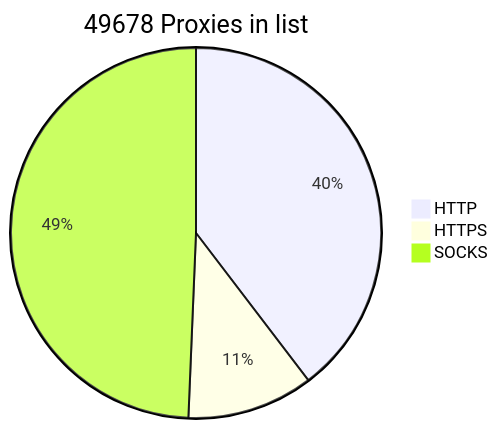
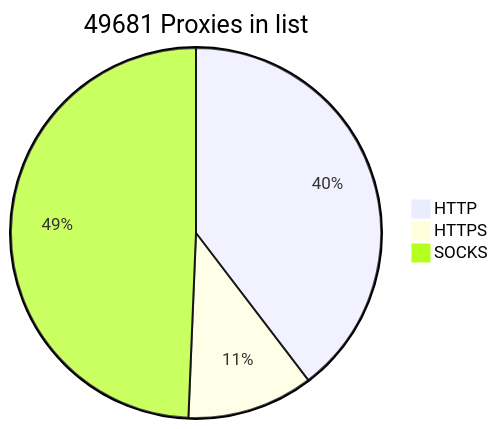
Before and after one commit to BlackSnowDot/proxylist-update-every-minute: the diagram in README.md, drawn with Mermaid.

````diff
--- a/README.md
+++ b/README.md
@@ -2,6 +2,6 @@
 ```mermaid
-pie title 49678 Proxies in list
+pie title 49681 Proxies in list
     "HTTP" : 21806
     "HTTPS": 6068
-    "SOCKS" : 27153
+    "SOCKS" : 27156
 ```
````
